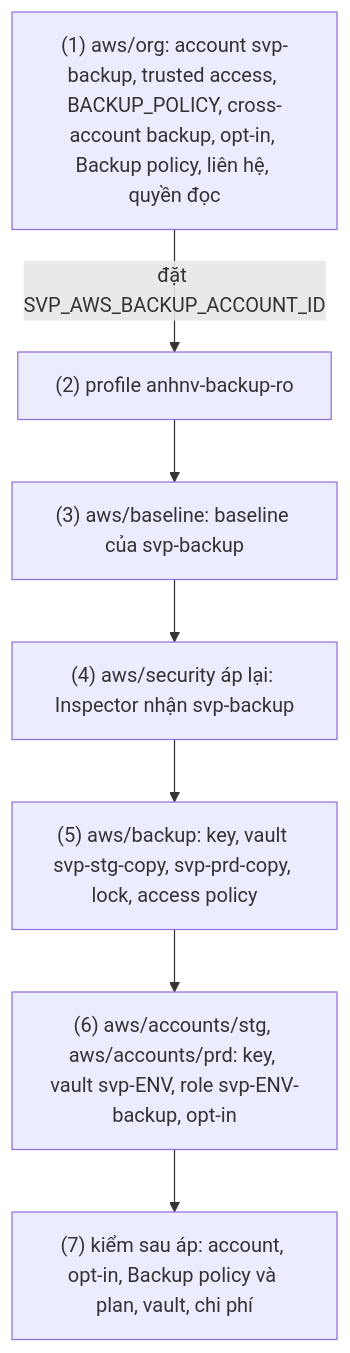
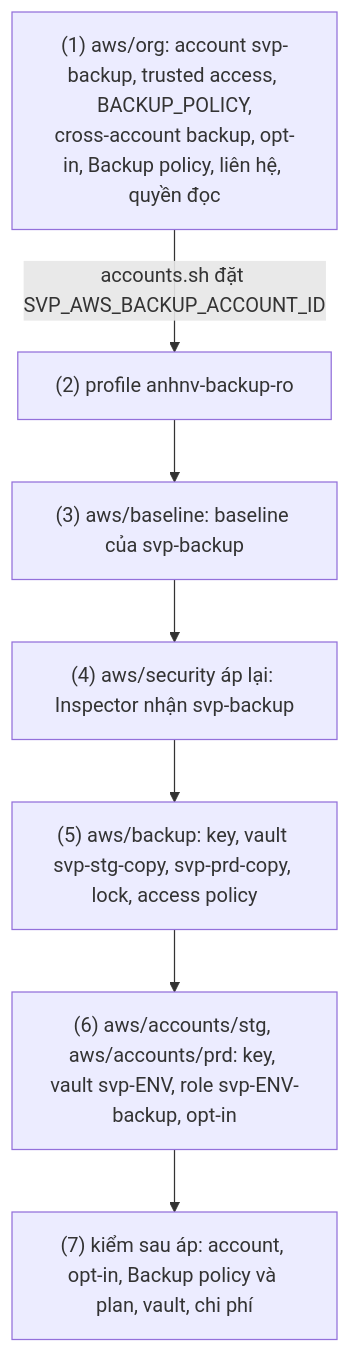
One commit to anhnvcoder/svp-infra changed the diagram in docs/runbooks/backup-setup.md. Above: the diagram before and after it, drawn with Mermaid. The commit also changed other lines of this file and 43 other files, not shown here.

````diff
--- a/docs/runbooks/backup-setup.md
+++ b/docs/runbooks/backup-setup.md
@@ -17,10 +17,11 @@
 ```mermaid
 flowchart TD
-  B1["(1) aws/org: account svp-backup, trusted access, BACKUP_POLICY, cross-account backup, opt-in, Backup policy, liên hệ, quyền đọc"] -->|đặt SVP_AWS_BACKUP_ACCOUNT_ID| B2
+  B1["(1) aws/org: account svp-backup, trusted access, BACKUP_POLICY,<br/>cross-account backup, opt-in, Backup policy, liên hệ, quyền đọc"]
+  B1 -->|accounts.sh đặt SVP_AWS_BACKUP_ACCOUNT_ID| B2
   B2["(2) profile anhnv-backup-ro"] --> B3
   B3["(3) aws/baseline: baseline của svp-backup"] --> B4
   B4["(4) aws/security áp lại: Inspector nhận svp-backup"] --> B5
   B5["(5) aws/backup: key, vault svp-stg-copy, svp-prd-copy, lock, access policy"] --> B6
   B6["(6) aws/accounts/stg, aws/accounts/prd: key, vault svp-ENV, role svp-ENV-backup, opt-in"] --> B7
   B7["(7) kiểm sau áp: account, opt-in, Backup policy và plan, vault, chi phí"]
 ```
````
